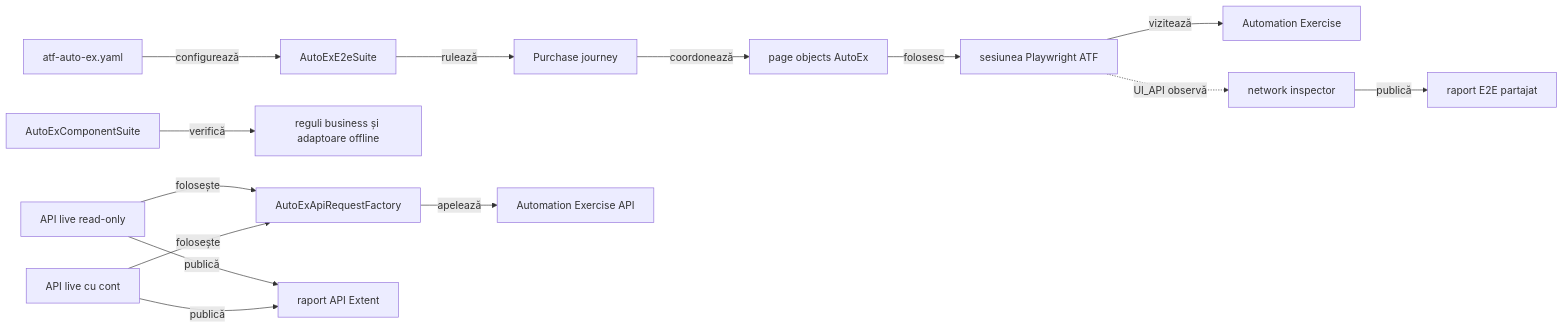
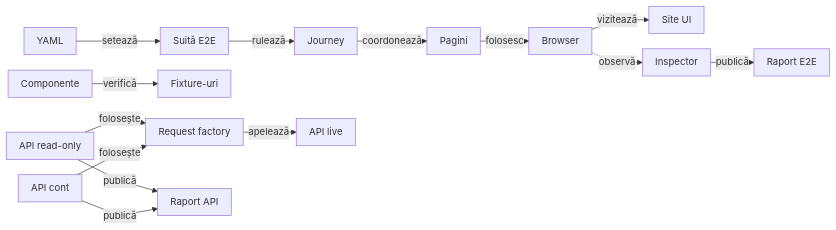
One commit to crististefanita/atf_j0 changed the first of 9 diagrams in atf-test-auto-ex/README.md. Above: the diagram before and after it, drawn with Mermaid. The commit also changed other lines of this file and 97 other files, not shown here.

````diff
--- a/atf-test-auto-ex/README.md
+++ b/atf-test-auto-ex/README.md
@@ -23,16 +23,17 @@
 ```mermaid
+%%{init: {"themeVariables":{"fontSize":"15px"},"themeCSS":".nodeLabel, .nodeLabel p { font-size: 15px !important; line-height: 1.35 !important; } .edgeLabel, .edgeLabel p { font-size: 12px !important; font-weight: 400 !important; line-height: 1.2 !important; } .edgeLabel .labelBkg, .edgeLabel p { background: transparent !important; } .edgeLabel foreignObject { transform: translateY(-18px); overflow: visible; } .node rect { rx: 6px; ry: 6px; }","flowchart":{"curve":"linear","nodeSpacing":24,"rankSpacing":16,"padding":10,"diagramPadding":16}}}%%
 flowchart LR
-    Config[atf-auto-ex.yaml] -->|configurează| Suite[AutoExE2eSuite]
-    Suite -->|rulează| Journey[Purchase journey]
-    Journey -->|coordonează| Pages[page objects AutoEx]
-    Pages -->|folosesc| Browser[sesiunea Playwright ATF]
-    Browser -->|vizitează| Site[Automation Exercise]
-    Browser -.->|UI_API observă| Inspector[network inspector]
-    Inspector -->|publică| UiReport[raport E2E partajat]
-    ComponentSuite[AutoExComponentSuite] -->|verifică| Fixtures[reguli business și adaptoare offline]
-    ReadOnlySuite[API live read-only] -->|folosește| Requests[AutoExApiRequestFactory]
-    MutatingSuite[API live cu cont] -->|folosește| Requests
-    Requests -->|apelează| Api[Automation Exercise API]
-    ReadOnlySuite -->|publică| ApiReport[raport API Extent]
+    Config["YAML"] -->|setează| Suite["Suită E2E"]
+    Suite -->|rulează| Journey["Journey"]
+    Journey -->|coordonează| Pages["Pagini"]
+    Pages -->|folosesc| Browser["Browser"]
+    Browser -->|vizitează| Site["Site UI"]
+    Browser -.->|observă| Inspector["Inspector"]
+    Inspector -->|publică| UiReport["Raport E2E"]
+    ComponentSuite["Componente"] -->|verifică| Fixtures["Fixture-uri"]
+    ReadOnlySuite["API read-only"] -->|folosește| Requests["Request factory"]
+    MutatingSuite["API cont"] -->|folosește| Requests
+    Requests -->|apelează| Api["API live"]
+    ReadOnlySuite -->|publică| ApiReport["Raport API"]
     MutatingSuite -->|publică| ApiReport
 ```
````
